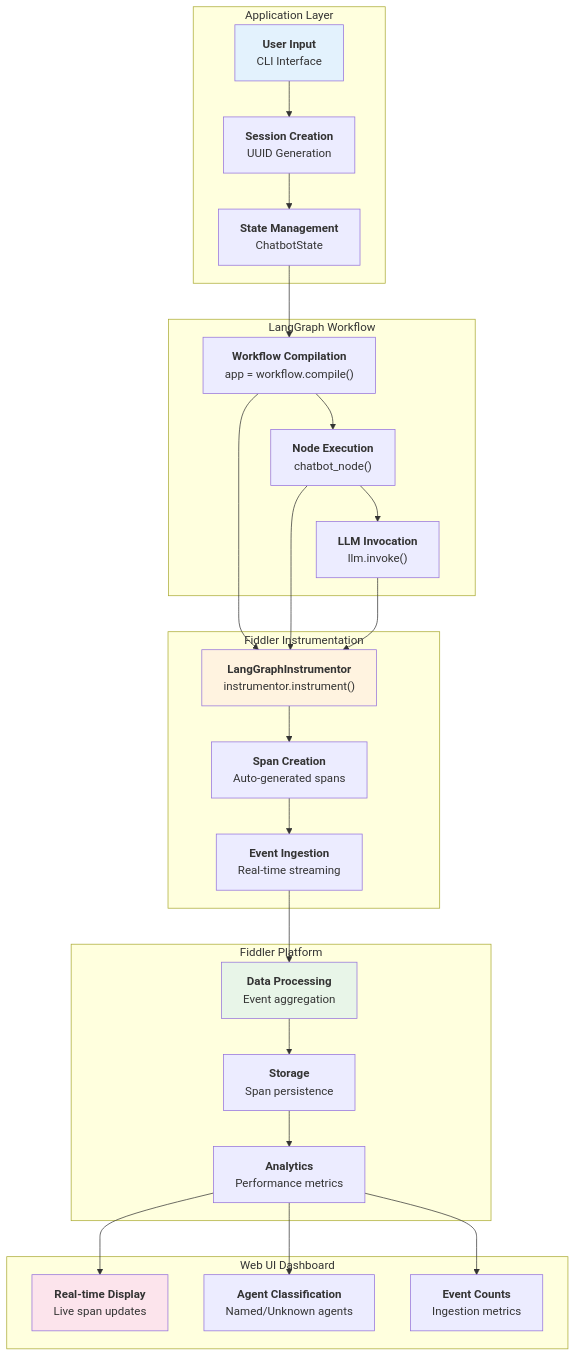
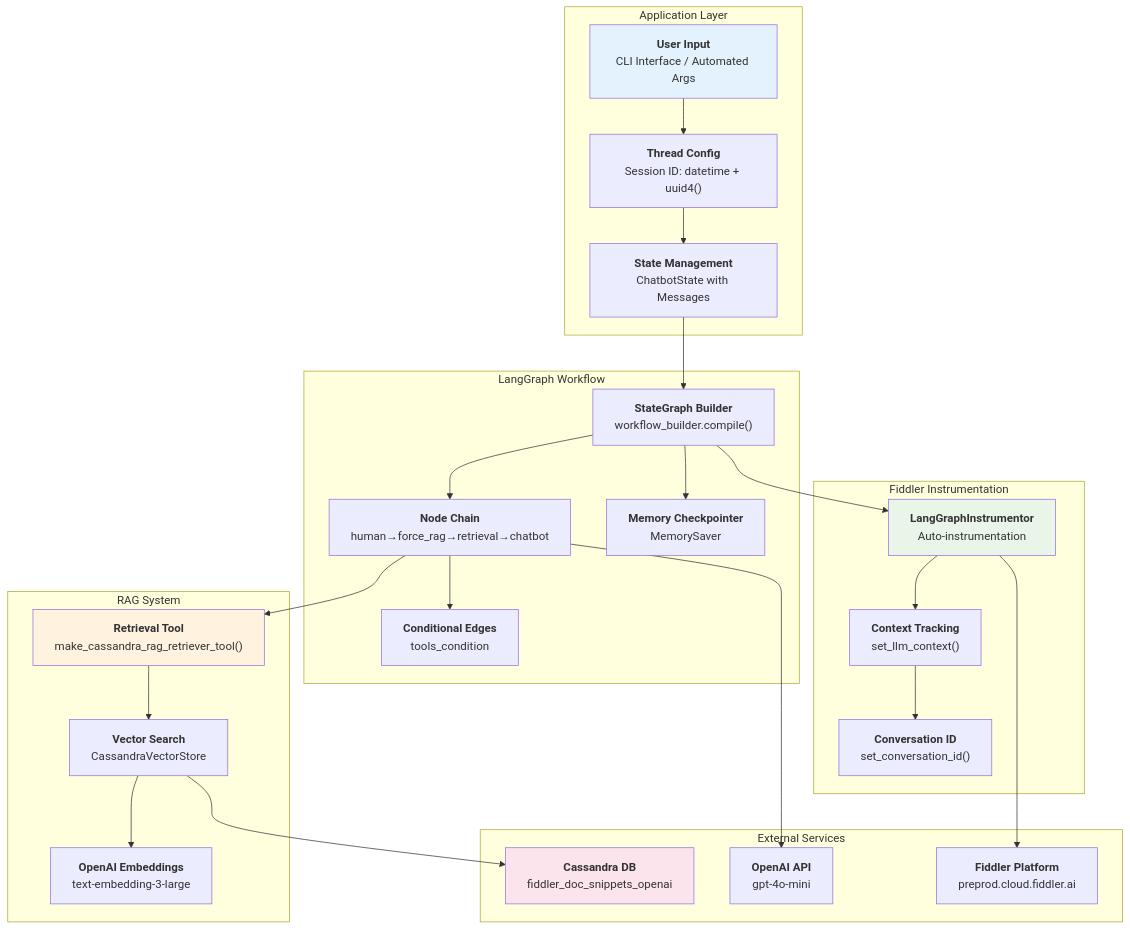
One commit to fiddler-labs/fiddler-chatbot changed the fifth of 6 diagrams in docs/diagrams/fiddler-monitoring-architecture.md. Above: the diagram before and after it, drawn with Mermaid. The commit also changed other lines of this file and 6 other files, not shown here.

Commit message:
Diagram update routine activity

````diff
--- a/docs/diagrams/fiddler-monitoring-architecture.md
+++ b/docs/diagrams/fiddler-monitoring-architecture.md
@@ -151,72 +202,73 @@
 ```mermaid
 flowchart TD
     subgraph "Application Layer"
         A["`**User Input**
-        CLI Interface`"]
-        B["`**Session Creation**
-        UUID Generation`"]
+        CLI Interface / Automated Args`"]
+        B["`**Thread Config**
+        Session ID: datetime + uuid4()`"]
         C["`**State Management**
-        ChatbotState`"]
+        ChatbotState with Messages`"]
     end
     
     subgraph "LangGraph Workflow"
-        D["`**Workflow Compilation**
-        app = workflow.compile()`"]
-        E["`**Node Execution**
-        chatbot_node()`"]
-        F["`**LLM Invocation**
-        llm.invoke()`"]
+        D["`**StateGraph Builder**
+        workflow_builder.compile()`"]
+        E["`**Node Chain**
+        human→force_rag→retrieval→chatbot`"]
+        F["`**Conditional Edges**
+        tools_condition`"]
+        G["`**Memory Checkpointer**
+        MemorySaver`"]
+    end
+    
+    subgraph "RAG System"
+        H["`**Retrieval Tool**
+        make_cassandra_rag_retriever_tool()`"]
+        I["`**Vector Search**
+        CassandraVectorStore`"]
+        J["`**OpenAI Embeddings**
+        text-embedding-3-large`"]
     end
     
     subgraph "Fiddler Instrumentation"
-        G["`**LangGraphInstrumentor**
-        instrumentor.instrument()`"]
-        H["`**Span Creation**
-        Auto-generated spans`"]
-        I["`**Event Ingestion**
-        Real-time streaming`"]
+        K["`**LangGraphInstrumentor**
+        Auto-instrumentation`"]
+        L["`**Context Tracking**
+        set_llm_context()`"]
+        M["`**Conversation ID**
+        set_conversation_id()`"]
     end
     
-    subgraph "Fiddler Platform"
-        J["`**Data Processing**
-        Event aggregation`"]
-        K["`**Storage**
-        Span persistence`"]
-        L["`**Analytics**
-        Performance metrics`"]
-    end
-    
-    subgraph "Web UI Dashboard"
-        M["`**Real-time Display**
-        Live span updates`"]
-        N["`**Agent Classification**
-        Named/Unknown agents`"]
-        O["`**Event Counts**
-        Ingestion metrics`"]
+    subgraph "External Services"
+        N["`**Cassandra DB**
+        fiddler_doc_snippets_openai`"]
+        O["`**OpenAI API**
+        gpt-4o-mini`"]
+        P["`**Fiddler Platform**
+        preprod.cloud.fiddler.ai`"]
     end
     
     A --> B
     B --> C
     C --> D
     D --> E
     E --> F
+    D --> G
     
-    G --> H
+    E --> H
     H --> I
-    D --> G
-    E --> G
-    F --> G
+    I --> J
+    I --> N
     
-    I --> J
-    J --> K
     K --> L
+    L --> M
+    D --> K
     
-    L --> M
-    L --> N
-    L --> O
+    E --> O
+    K --> P
     
     style A fill:#e3f2fd
-    style G fill:#fff3e0
-    style J fill:#e8f5e8
-    style M fill:#fce4ec
+    style H fill:#fff3e0
+    style K fill:#e8f5e8
+    style N fill:#fce4ec
 ```
````
